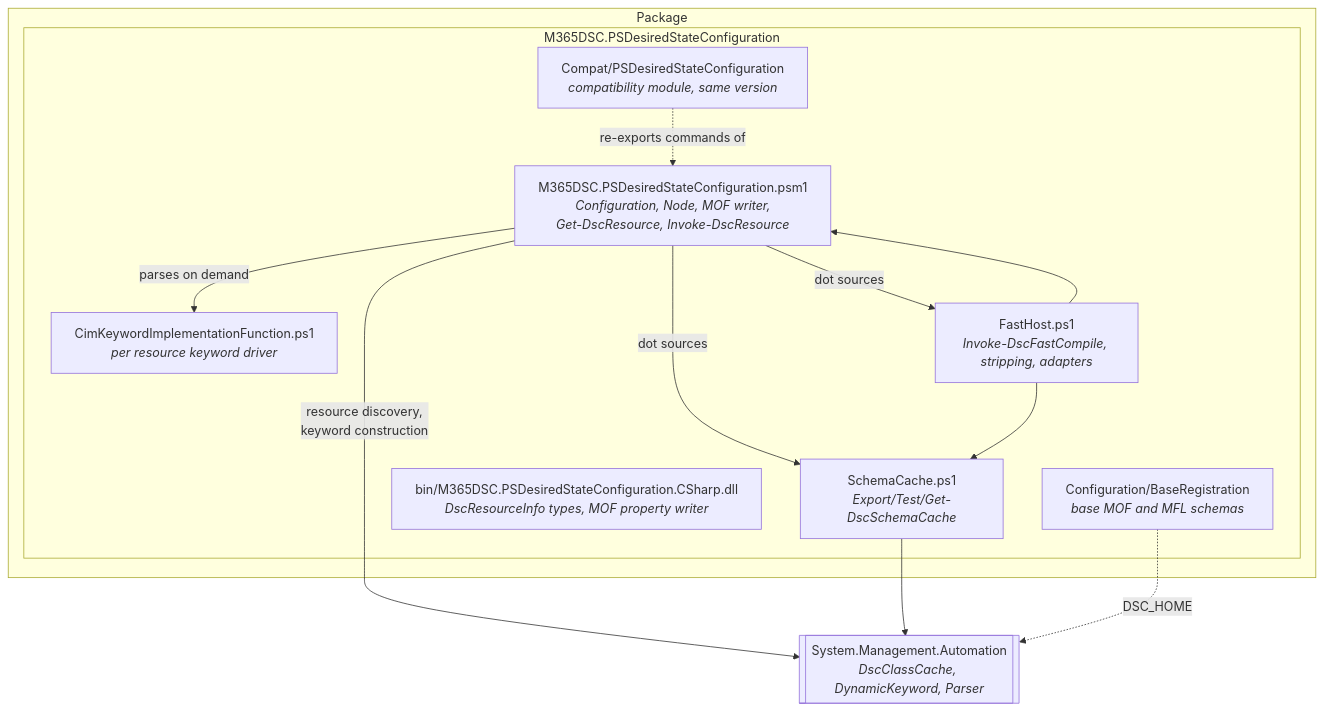
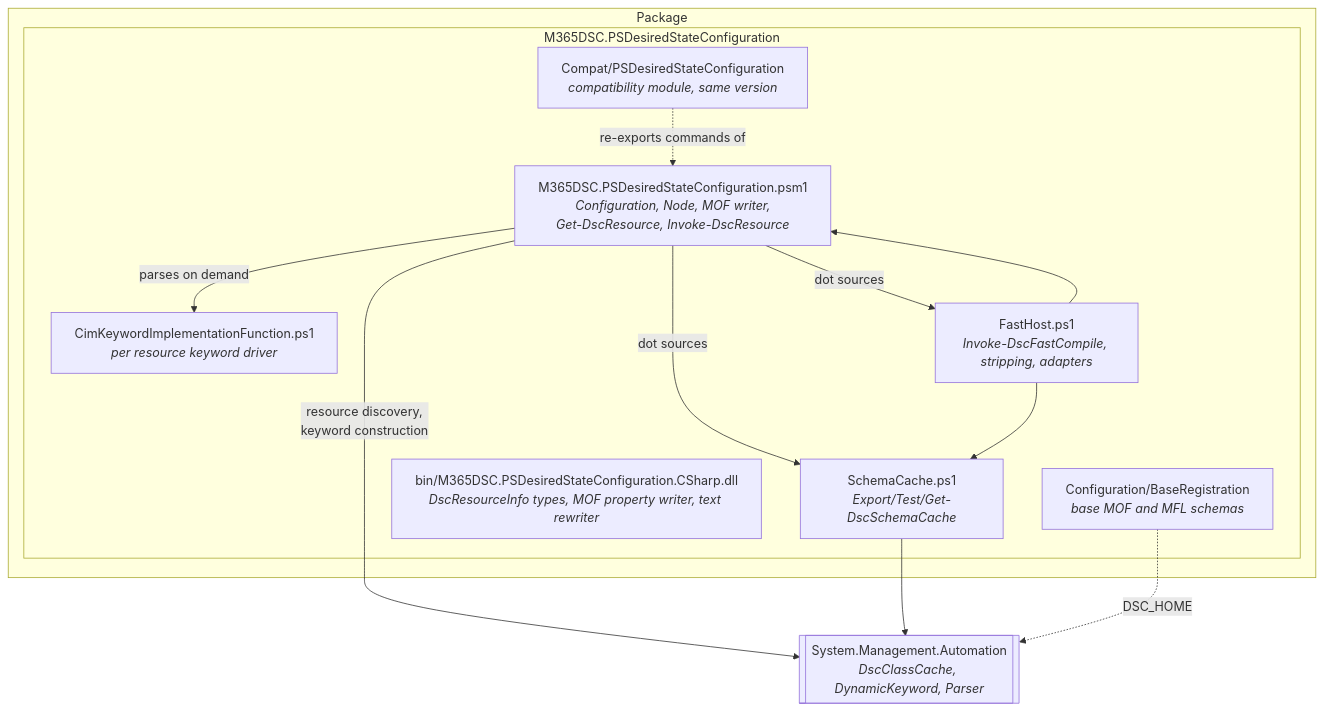
The first of 7 diagrams in docs/Architecture.md (Microsoft365DSC/PSDesiredStateConfiguration), drawn with Mermaid before and after one commit. The commit also changed other lines of this file and 6 other files, not shown here.

Commit message:
Rewrite fast host configuration text in the module assembly

````diff
--- a/docs/Architecture.md
+++ b/docs/Architecture.md
@@ -68,25 +68,25 @@
 ```mermaid
 flowchart TB
     subgraph pkg["Package"]
         subgraph engine["M365DSC.PSDesiredStateConfiguration"]
             psm1["M365DSC.PSDesiredStateConfiguration.psm1<br/><i>Configuration, Node, MOF writer,<br/>Get-DscResource, Invoke-DscResource</i>"]
             driver["CimKeywordImplementationFunction.ps1<br/><i>per resource keyword driver</i>"]
             fast["FastHost.ps1<br/><i>Invoke-DscFastCompile, stripping, adapters</i>"]
             cache["SchemaCache.ps1<br/><i>Export/Test/Get-DscSchemaCache</i>"]
-            assembly["bin/M365DSC.PSDesiredStateConfiguration.CSharp.dll<br/><i>DscResourceInfo types, MOF property writer</i>"]
+            assembly["bin/M365DSC.PSDesiredStateConfiguration.CSharp.dll<br/><i>DscResourceInfo types, MOF property writer, text rewriter</i>"]
             base["Configuration/BaseRegistration<br/><i>base MOF and MFL schemas</i>"]
             compat["Compat/PSDesiredStateConfiguration<br/><i>compatibility module, same version</i>"]
         end
     end
     sma[["System.Management.Automation<br/><i>DscClassCache, DynamicKeyword, Parser</i>"]]
 
     psm1 -->|"dot sources"| cache
     psm1 -->|"dot sources"| fast
     psm1 -->|"parses on demand"| driver
     fast --> cache
     fast --> psm1
     compat -.->|"re-exports commands of"| psm1
     psm1 -->|"resource discovery,<br/>keyword construction"| sma
     cache --> sma
     base -.->|"DSC_HOME"| sma
 ```
````
